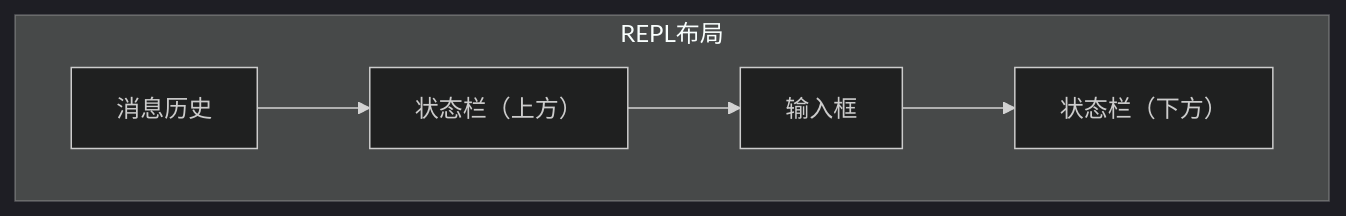
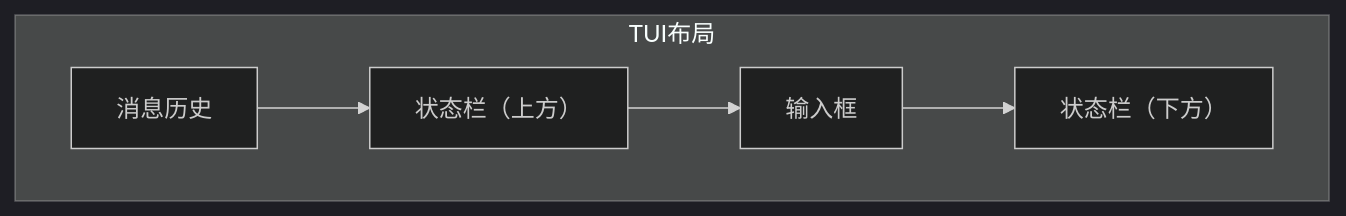
Before and after one commit to MiyakoMeow/neoco: the diagram in progress/TECH-UI.md, drawn with Mermaid (dark theme). The commit also changed other lines of this file and 4 other files, not shown here.

````diff
--- a/progress/TECH-UI.md
+++ b/progress/TECH-UI.md
@@ -132,13 +218,13 @@
 ```mermaid
 graph TB
-    subgraph "REPL布局"
+    subgraph "TUI布局"
         M[消息历史]
         S1[状态栏（上方）]
         I[输入框]
         S2[状态栏（下方）]
     end
     
     M --> S1
     S1 --> I
     I --> S2
 ```
````
